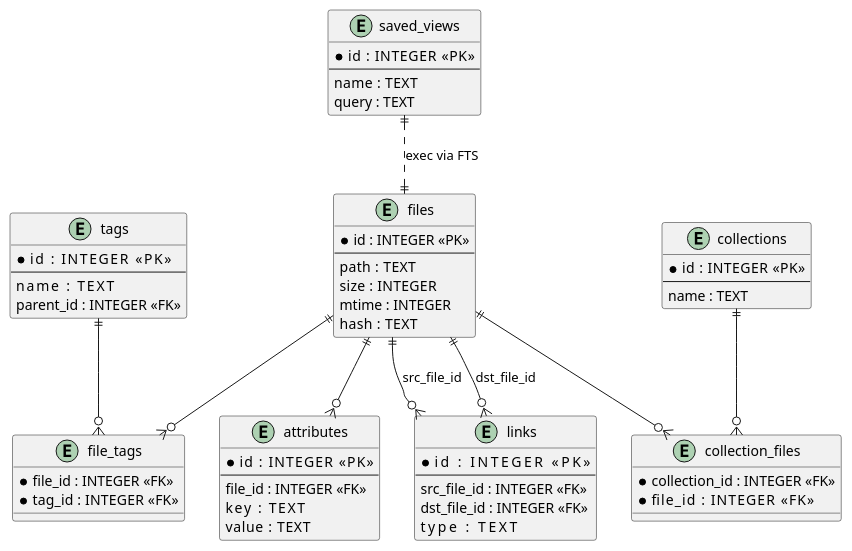
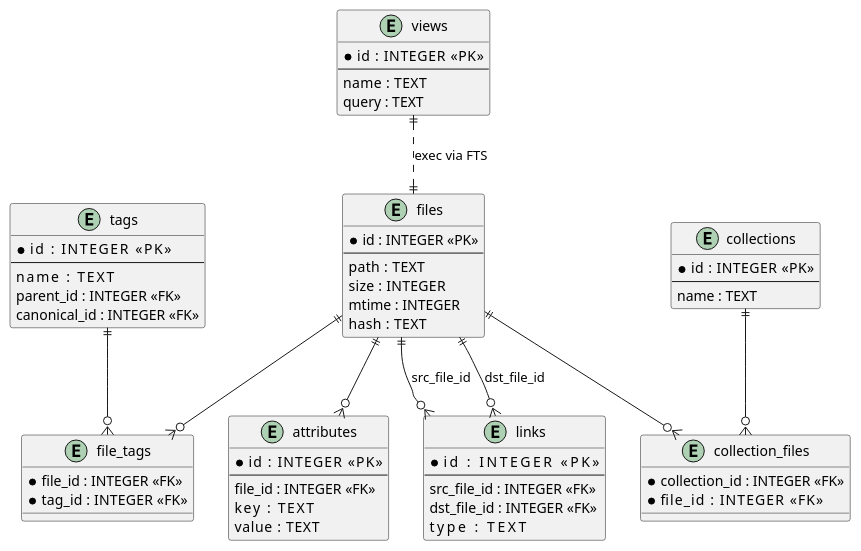
The diagram in docs/adr/DP-001_schema_v1.1.md (PR0M3TH3AN/Marlin), drawn with PlantUML before and after one commit. The commit also changed other lines of this file, not shown here.

Commit message:
Update schema DP to match latest migrations

````diff
--- a/docs/adr/DP-001_schema_v1.1.md
+++ b/docs/adr/DP-001_schema_v1.1.md
@@ -44,71 +44,72 @@
 ```plantuml
 @startuml
 entity files {
   * id : INTEGER <<PK>>
   --
     path  : TEXT
     size  : INTEGER
     mtime : INTEGER
     hash  : TEXT
 }
 
 entity tags {
   * id        : INTEGER <<PK>>
   --
     name      : TEXT
     parent_id : INTEGER <<FK>>
+    canonical_id : INTEGER <<FK>>
 }
 
 entity file_tags {
   * file_id : INTEGER <<FK>>
   * tag_id  : INTEGER <<FK>>
 }
 
 entity attributes {
   * id      : INTEGER <<PK>>
   --
     file_id : INTEGER <<FK>>
     key     : TEXT
     value   : TEXT
 }
 
 entity links {
   * id            : INTEGER <<PK>>
   --
     src_file_id : INTEGER <<FK>>
     dst_file_id : INTEGER <<FK>>
     type        : TEXT
 }
 
 entity collections {
   * id   : INTEGER <<PK>>
   --
     name : TEXT
 }
 
 entity collection_files {
   * collection_id : INTEGER <<FK>>
   * file_id       : INTEGER <<FK>>
 }
 
-entity saved_views {
+entity views {
   * id    : INTEGER <<PK>>
   --
     name  : TEXT
     query : TEXT
 }
 
 files          ||--o{ file_tags
 tags           ||--o{ file_tags
 
 files          ||--o{ attributes
 
 files          ||--o{ links : "src_file_id"
 files          ||--o{ links : "dst_file_id"
 
 collections    ||--o{ collection_files
 files          ||--o{ collection_files
 
-saved_views    ||..|| files : "exec via FTS"
+views          ||..|| files : "exec via FTS"
 @enduml
 ```
````
